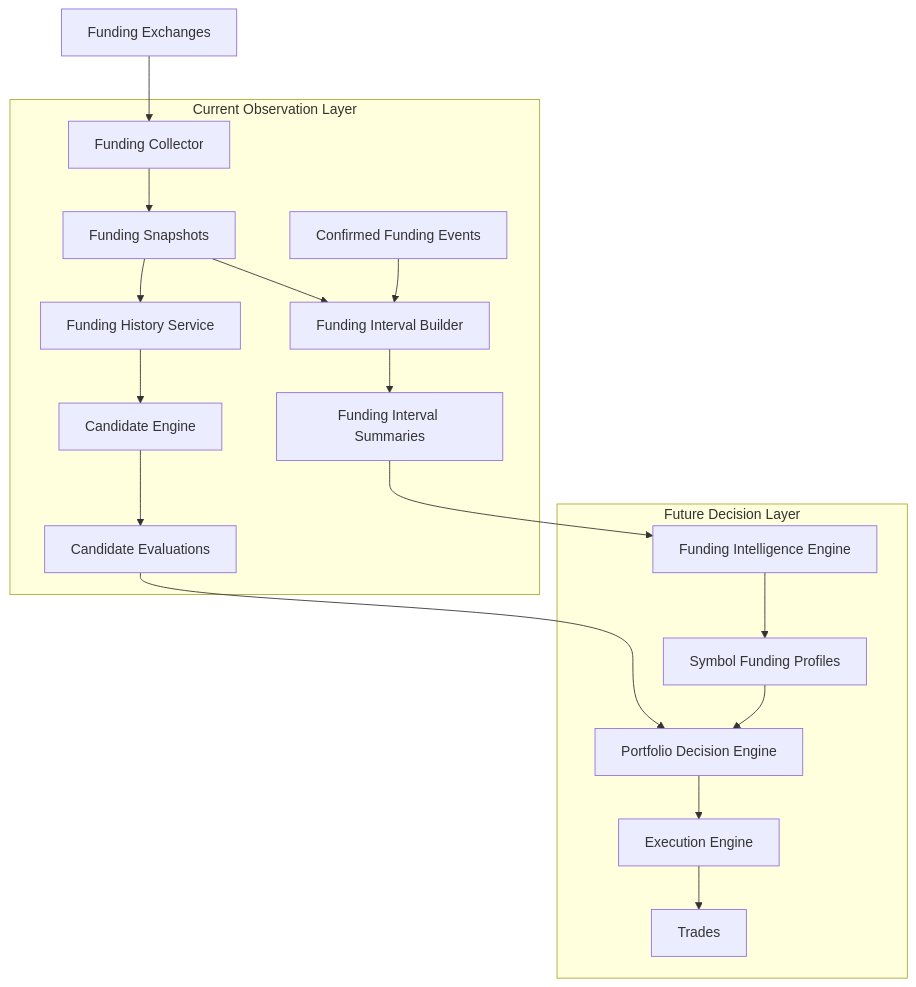
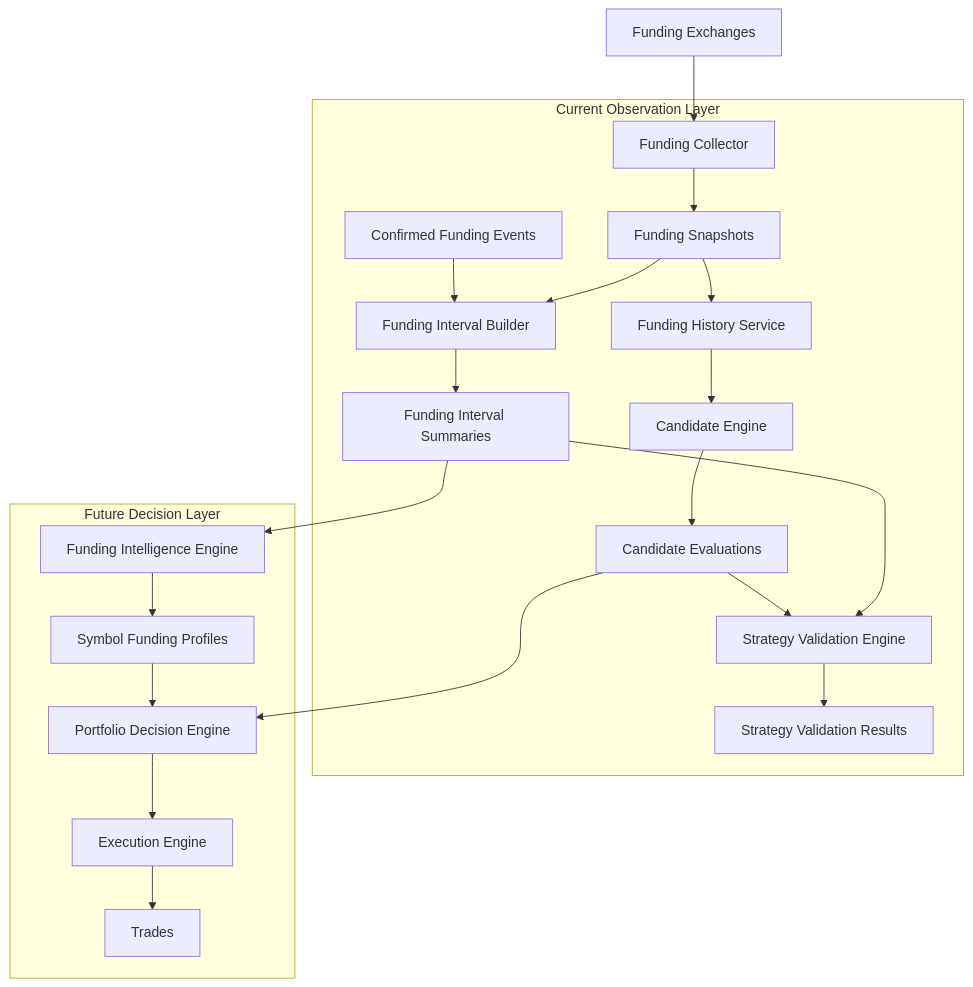
One commit to blackowl0192/SF changed the diagram in funding-monitor/docs/ARCHITECTURE_ROADMAP.md. Above: the diagram before and after it, drawn with Mermaid. The commit also changed other lines of this file and 36 other files, not shown here.

Commit message:
Complete strategy validation pipeline

````diff
--- a/funding-monitor/docs/ARCHITECTURE_ROADMAP.md
+++ b/funding-monitor/docs/ARCHITECTURE_ROADMAP.md
@@ -34,36 +34,41 @@
 ```mermaid
 flowchart TD
     EX[Funding Exchanges] --> FC[Funding Collector]
     FC --> FS[Funding Snapshots]
     FS --> FHS[Funding History Service]
     FHS --> CE[Candidate Engine]
     CE --> CEV[Candidate Evaluations]
     FS --> FIB[Funding Interval Builder]
     FE[Confirmed Funding Events] --> FIB
     FIB --> FIS[Funding Interval Summaries]
+    FIS --> SVE[Strategy Validation Engine]
+    CEV --> SVE
+    SVE --> SVR[Strategy Validation Results]
     FIS --> FIE[Funding Intelligence Engine]
     FIE --> SFP[Symbol Funding Profiles]
     CEV --> PDE[Portfolio Decision Engine]
     SFP --> PDE
     PDE --> EE[Execution Engine]
     EE --> TR[Trades]
 
     subgraph Current Observation Layer
         FC
         FS
         FHS
         CE
         CEV
         FE
         FIB
         FIS
+        SVE
+        SVR
     end
 
     subgraph Future Decision Layer
         FIE
         SFP
         PDE
         EE
         TR
     end
 ```
````
